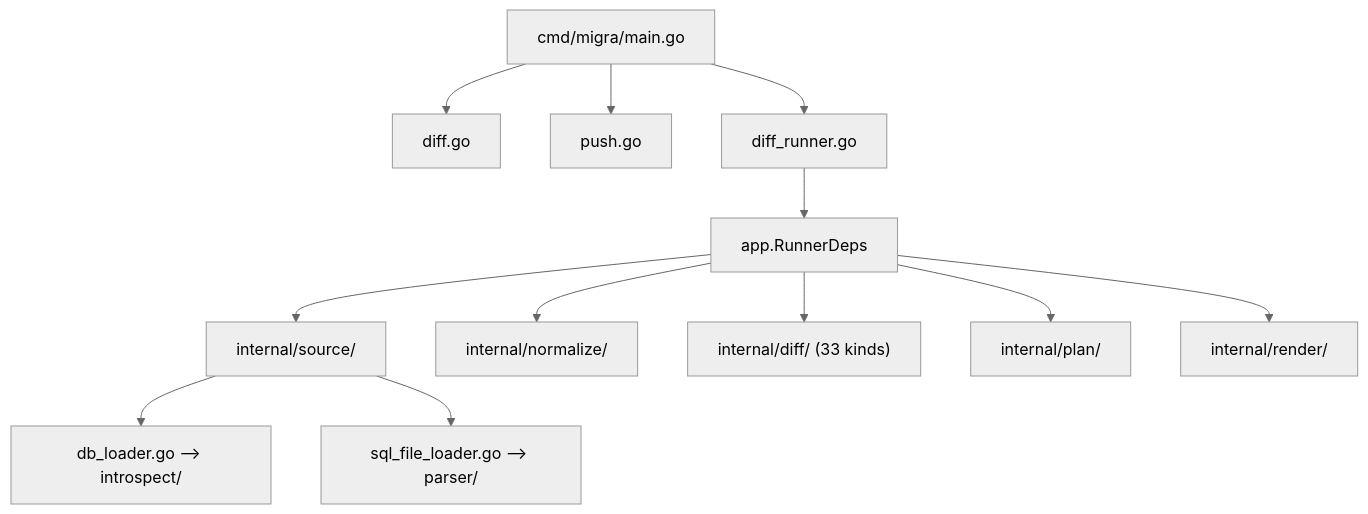
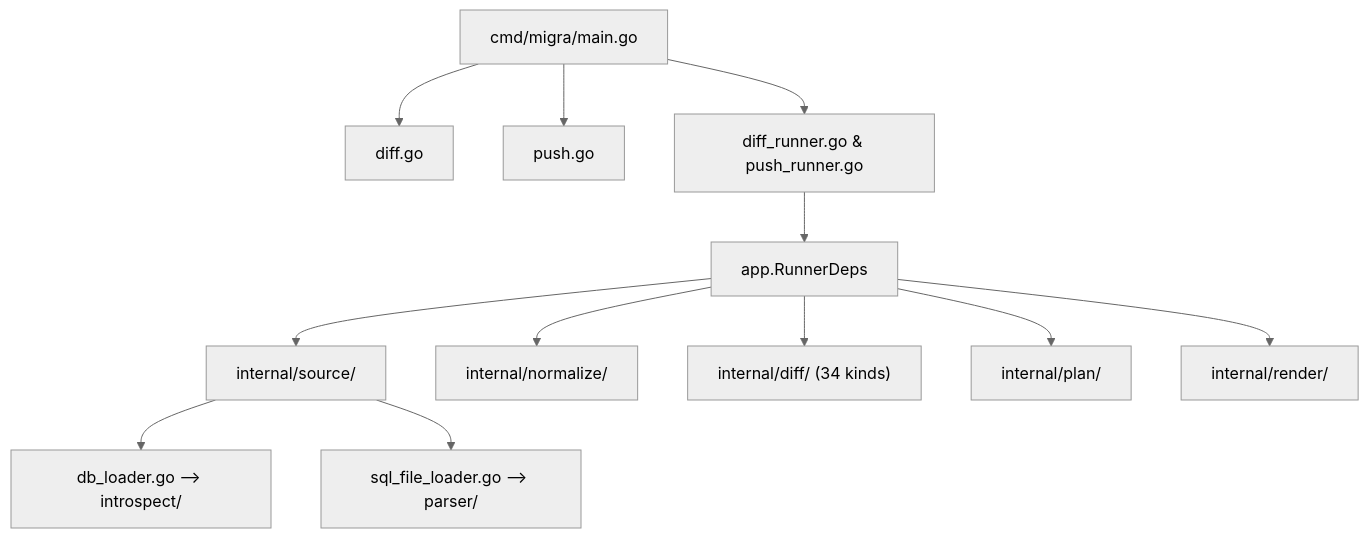
One commit to fred29910/migra-go changed the ninth of 9 diagrams in docs/arch.md. Above: the diagram before and after it, drawn with Mermaid (neutral theme). The commit also changed other lines of this file and 5 other files, not shown here.

````diff
--- a/docs/arch.md
+++ b/docs/arch.md
@@ -339,15 +389,15 @@
 ```mermaid
 flowchart TD
     CLI["cmd/migra/main.go"]
     CLI --> DiffCmd["diff.go"]
     CLI --> PushCmd["push.go"]
-    CLI --> Runner["diff_runner.go"]
+    CLI --> Runner["diff_runner.go & push_runner.go"]
     Runner --> DI["app.RunnerDeps"]
     DI --> Source["internal/source/"]
     Source --> DB["db_loader.go --> introspect/"]
     Source --> Parser["sql_file_loader.go --> parser/"]
     DI --> Normalize["internal/normalize/"]
-    DI --> DiffEngine["internal/diff/ (33 kinds)"]
+    DI --> DiffEngine["internal/diff/ (34 kinds)"]
     DI --> Engine["internal/plan/"]
     DI --> RenderEngine["internal/render/"]
 ```
````
